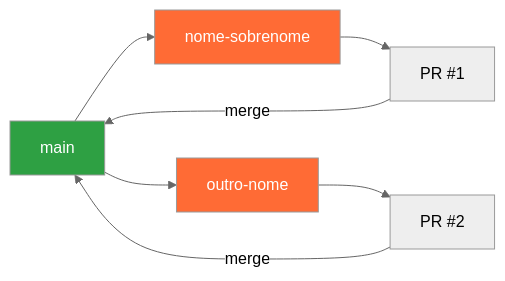
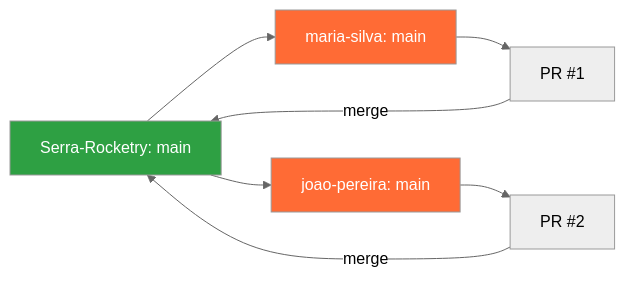
The second of 2 diagrams in docs/trilhas/github.md (1barizon/telemetry-trainee-program), drawn with Mermaid (neutral theme) before and after one commit. The commit also changed other lines of this file and 18 other files, not shown here.

Commit message:
docs: remove a criacao de branch pessoal do fluxo (trabalhar no main do fork)

````diff
--- a/docs/trilhas/github.md
+++ b/docs/trilhas/github.md
@@ -33,15 +31,15 @@
 ```mermaid
 graph LR
-    main[main] --> feature1[nome-sobrenome]
-    main --> feature2[outro-nome]
-    
-    feature1 --> pr1[PR #1]
-    feature2 --> pr2[PR #2]
-    
-    pr1 -->|merge| main
-    pr2 -->|merge| main
-    
-    style main fill:#2ea043,color:#fff
-    style feature1 fill:#ff6b35,color:#fff
-    style feature2 fill:#ff6b35,color:#fff
+    upstream[Serra-Rocketry: main] --> fork1[maria-silva: main]
+    upstream --> fork2[joao-pereira: main]
+
+    fork1 --> pr1[PR #1]
+    fork2 --> pr2[PR #2]
+
+    pr1 -->|merge| upstream
+    pr2 -->|merge| upstream
+
+    style upstream fill:#2ea043,color:#fff
+    style fork1 fill:#ff6b35,color:#fff
+    style fork2 fill:#ff6b35,color:#fff
 ```
````
